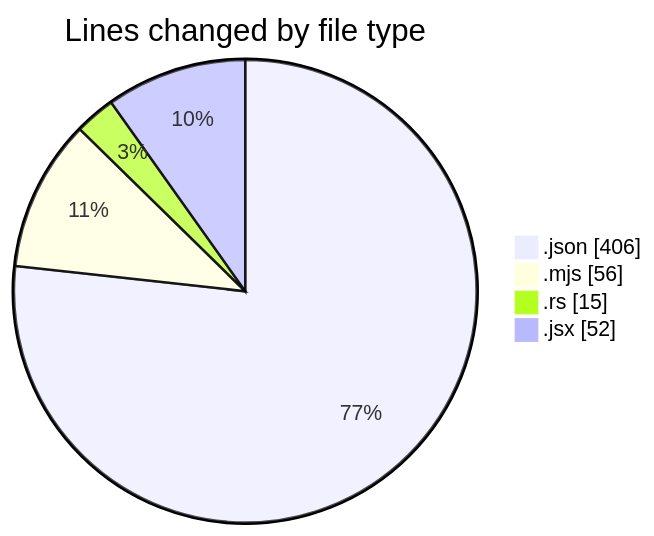
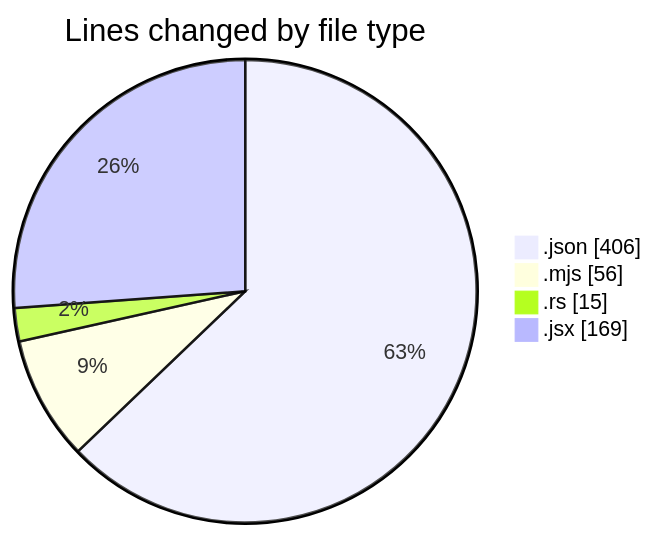
The first of 2 diagrams in 2025-01-28/trollerboard/README.md (charlie-sans/code-tracking), drawn with Mermaid before and after one commit. The commit also changed other lines of this file and 1 other file, not shown here.

````diff
--- a/2025-01-28/trollerboard/README.md
+++ b/2025-01-28/trollerboard/README.md
@@ -24,8 +24,8 @@
 ```mermaid
 pie showData
 title Lines changed by file type
 ".json" : 406
 ".mjs" : 56
 ".rs" : 15
-".jsx" : 52
+".jsx" : 169
 ```
````
